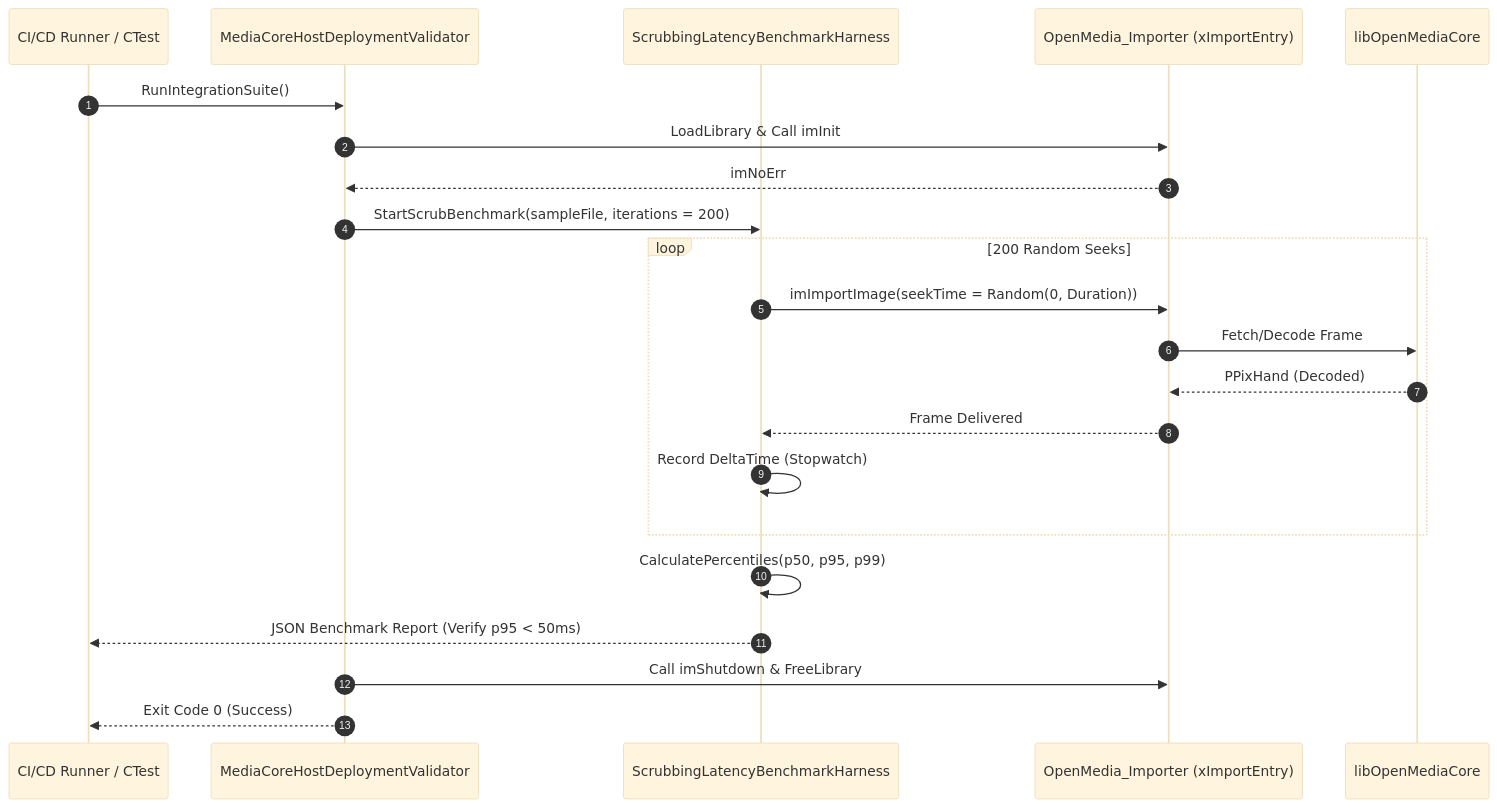
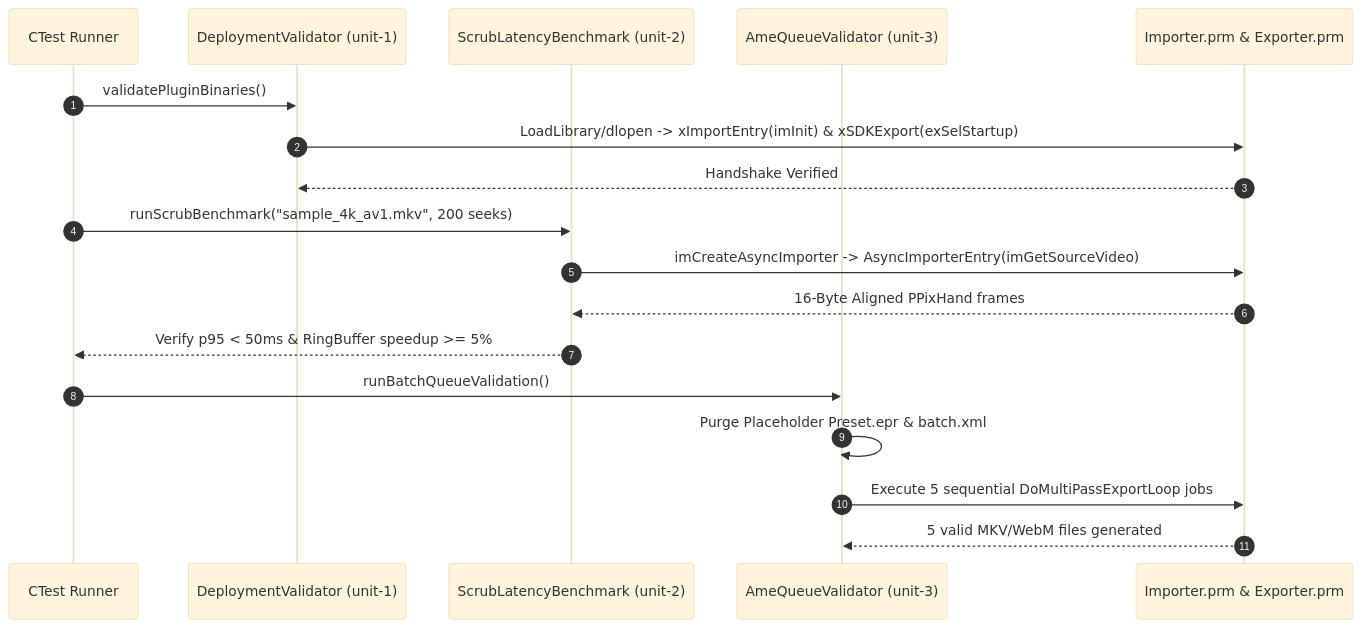
Before and after one commit to abdelrazekwork72-beep/AV1: the diagram in docs/user-stories/module-4-integration-qa/us-4.1.0-mediacore-host-integration-harness.md, drawn with Mermaid (base theme). The commit also changed other lines of this file and 15 other files, not shown here.

Commit message:
fix(docs): unify architecture, Premiere Pro SDK protocols, base contracts, and 50 implementation units across all 4 modules and 11 user stories

````diff
--- a/docs/user-stories/module-4-integration-qa/us-4.1.0-mediacore-host-integration-harness.md
+++ b/docs/user-stories/module-4-integration-qa/us-4.1.0-mediacore-host-integration-harness.md
@@ -108,25 +70,21 @@
 ```mermaid
 sequenceDiagram
     autonumber
-    participant CI as CI/CD Runner / CTest
-    participant Harness as MediaCoreHostDeploymentValidator
-    participant Bench as ScrubbingLatencyBenchmarkHarness
-    participant Plugin as OpenMedia_Importer (xImportEntry)
-    participant Core as libOpenMediaCore
+    participant CI as CTest Runner
+    participant Val as DeploymentValidator (unit-1)
+    participant Bench as ScrubLatencyBenchmark (unit-2)
+    participant AME as AmeQueueValidator (unit-3)
+    participant Plugins as Importer.prm & Exporter.prm
 
-    CI->>Harness: RunIntegrationSuite()
-    Harness->>Plugin: LoadLibrary & Call imInit
-    Plugin-->>Harness: imNoErr
-    Harness->>Bench: StartScrubBenchmark(sampleFile, iterations = 200)
-    loop 200 Random Seeks
-        Bench->>Plugin: imImportImage(seekTime = Random(0, Duration))
-        Plugin->>Core: Fetch/Decode Frame
-        Core-->>Plugin: PPixHand (Decoded)
-        Plugin-->>Bench: Frame Delivered
-        Bench->>Bench: Record DeltaTime (Stopwatch)
-    end
-    Bench->>Bench: CalculatePercentiles(p50, p95, p99)
-    Bench-->>CI: JSON Benchmark Report (Verify p95 < 50ms)
-    Harness->>Plugin: Call imShutdown & FreeLibrary
-    Harness-->>CI: Exit Code 0 (Success)
+    CI->>Val: validatePluginBinaries()
+    Val->>Plugins: LoadLibrary/dlopen -> xImportEntry(imInit) & xSDKExport(exSelStartup)
+    Plugins-->>Val: Handshake Verified
+    CI->>Bench: runScrubBenchmark("sample_4k_av1.mkv", 200 seeks)
+    Bench->>Plugins: imCreateAsyncImporter -> AsyncImporterEntry(imGetSourceVideo)
+    Plugins-->>Bench: 16-Byte Aligned PPixHand frames
+    Bench-->>CI: Verify p95 < 50ms & RingBuffer speedup >= 5%
+    CI->>AME: runBatchQueueValidation()
+    AME->>AME: Purge Placeholder Preset.epr & batch.xml
+    AME->>Plugins: Execute 5 sequential DoMultiPassExportLoop jobs
+    Plugins-->>AME: 5 valid MKV/WebM files generated
 ```
````
